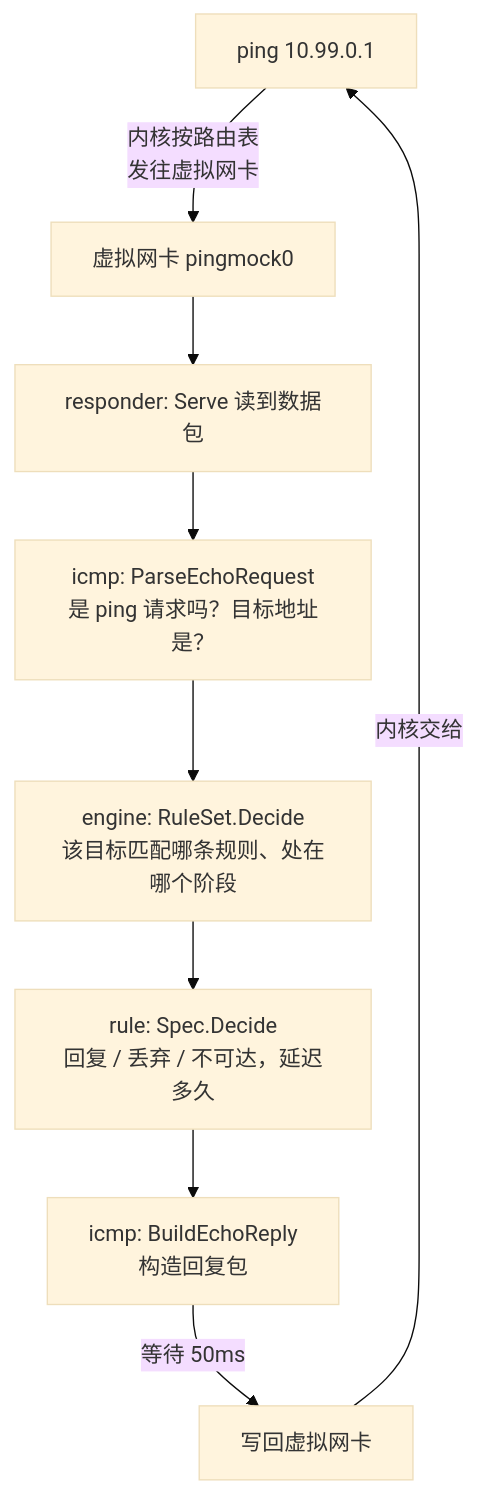
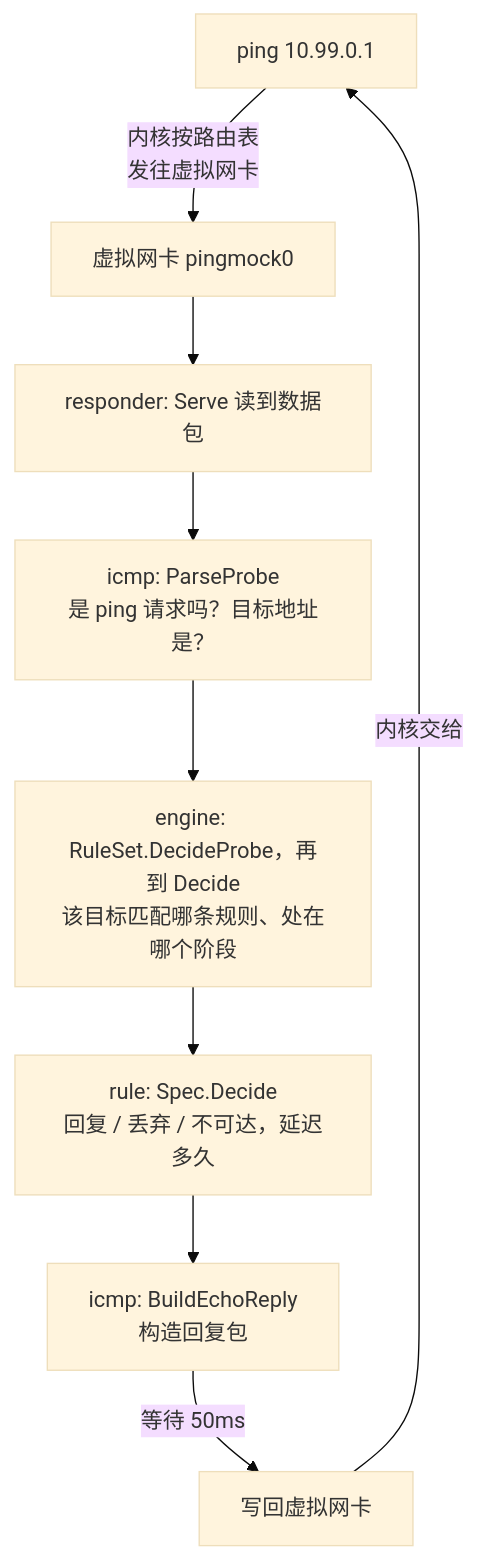
The diagram in docs/architecture.zh-CN.md (nanmuyao-tools/pingmock), drawn with Mermaid (base theme) before and after one commit. The commit also changed other lines of this file and 26 other files, not shown here.

````diff
--- a/docs/architecture.zh-CN.md
+++ b/docs/architecture.zh-CN.md
@@ -41,11 +44,11 @@
 ```mermaid
 flowchart TD
     A["ping 10.99.0.1"] -->|"内核按路由表<br>发往虚拟网卡"| B["虚拟网卡 pingmock0"]
     B --> C["responder: Serve 读到数据包"]
-    C --> D["icmp: ParseEchoRequest<br>是 ping 请求吗？目标地址是？"]
-    D --> E["engine: RuleSet.Decide<br>该目标匹配哪条规则、处在哪个阶段"]
+    C --> D["icmp: ParseProbe<br>是 ping 请求吗？目标地址是？"]
+    D --> E["engine: RuleSet.DecideProbe，再到 Decide<br>该目标匹配哪条规则、处在哪个阶段"]
     E --> F["rule: Spec.Decide<br>回复 / 丢弃 / 不可达，延迟多久"]
     F --> G["icmp: BuildEchoReply<br>构造回复包"]
     G -->|"等待 50ms"| H["写回虚拟网卡"]
     H -->|"内核交给"| A
 ```
````
